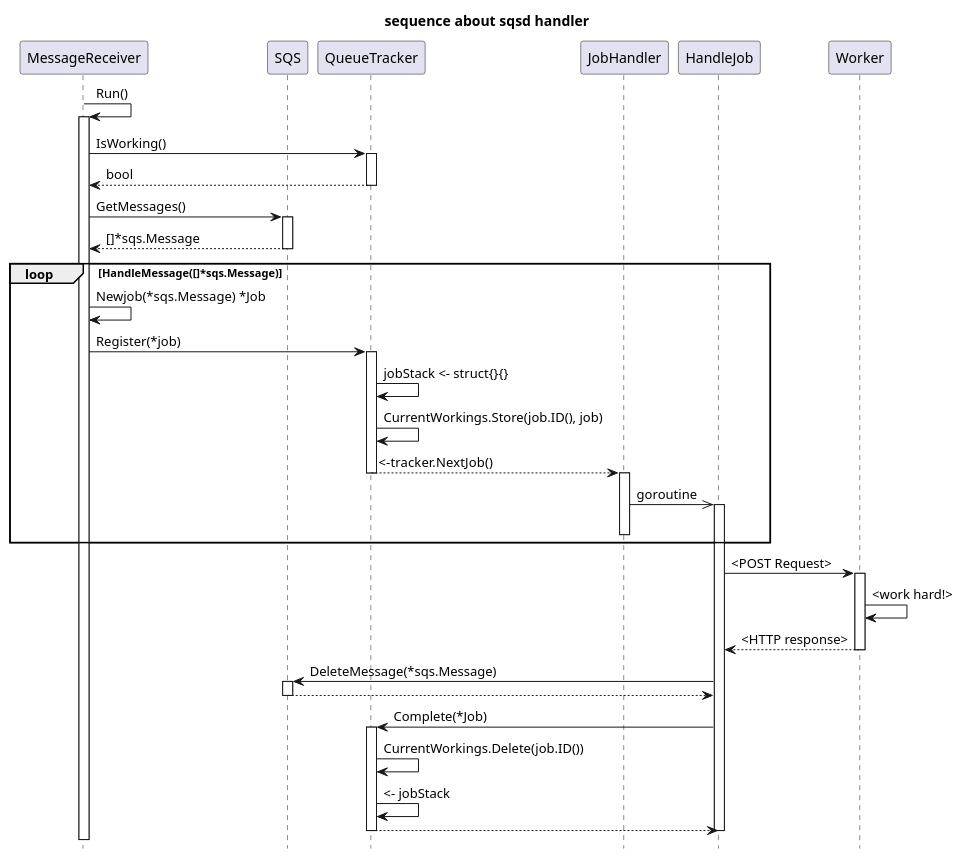
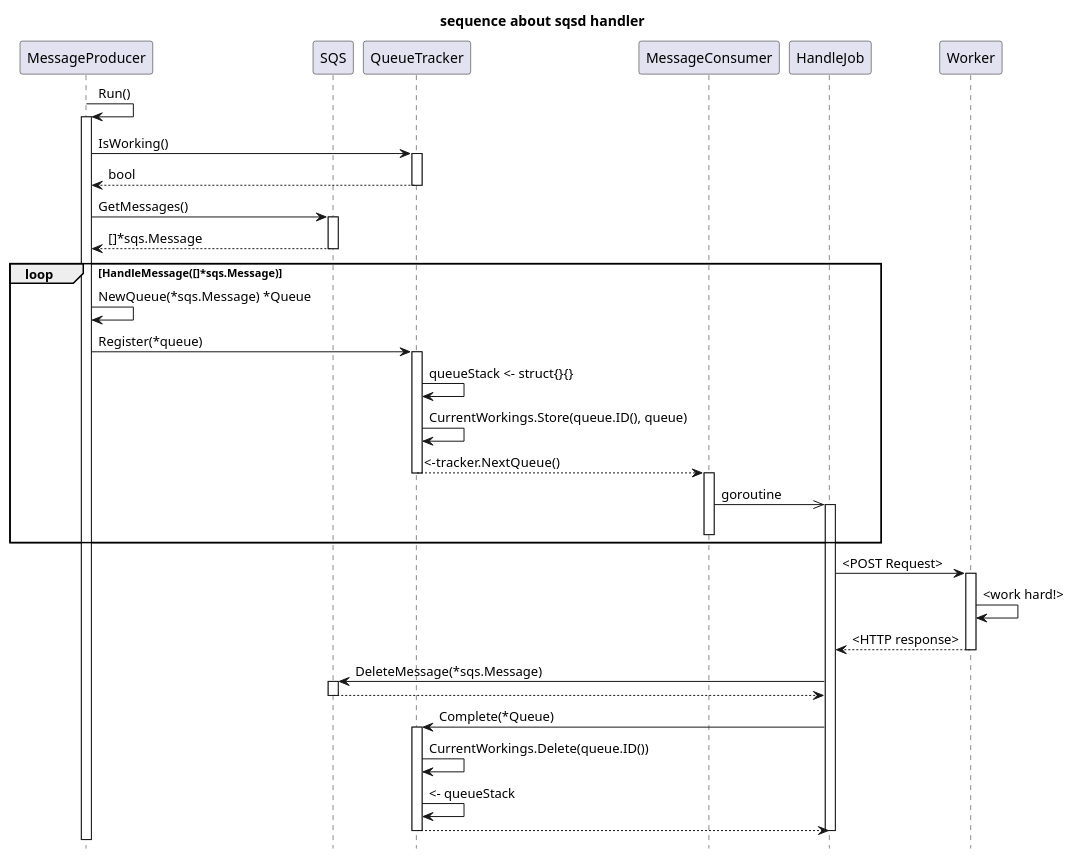
One commit to taiyoh/sqsd changed the diagram in doc/msg_handler_sequence.puml. Above: the diagram before and after it, drawn with PlantUML. The commit also changed 1 other file, not shown here.

```diff
--- a/doc/msg_handler_sequence.puml
+++ b/doc/msg_handler_sequence.puml
@@ -1,59 +1,59 @@
 @startuml
 
 title "sequence about sqsd handler"
 hide footbox
 
-participant MessageReceiver
+participant MessageProducer
 participant SQS
 participant QueueTracker
-participant JobHandler
+participant MessageConsumer
 participant HandleJob
 participant Worker
 
-MessageReceiver -> MessageReceiver : Run()
-activate MessageReceiver
+MessageProducer -> MessageProducer : Run()
+activate MessageProducer
 
-MessageReceiver -> QueueTracker : IsWorking()
+MessageProducer -> QueueTracker : IsWorking()
 activate QueueTracker
-MessageReceiver <-- QueueTracker : bool
+MessageProducer <-- QueueTracker : bool
 deactivate QueueTracker
 
-MessageReceiver -> SQS : GetMessages()
+MessageProducer -> SQS : GetMessages()
 activate SQS
-MessageReceiver <-- SQS : []*sqs.Message
+MessageProducer <-- SQS : []*sqs.Message
 deactivate SQS
 
 loop HandleMessage([]*sqs.Message)
-  MessageReceiver -> MessageReceiver : Newjob(*sqs.Message) *Job
-  MessageReceiver -> QueueTracker : Register(*job)
+  MessageProducer -> MessageProducer : NewQueue(*sqs.Message) *Queue
+  MessageProducer -> QueueTracker : Register(*queue)
   activate QueueTracker
 
-  QueueTracker -> QueueTracker : jobStack <- struct{}{}
-  QueueTracker -> QueueTracker : CurrentWorkings.Store(job.ID(), job)
-  JobHandler <-- QueueTracker : <-tracker.NextJob()
+  QueueTracker -> QueueTracker : queueStack <- struct{}{}
+  QueueTracker -> QueueTracker : CurrentWorkings.Store(queue.ID(), queue)
+  MessageConsumer <-- QueueTracker : <-tracker.NextQueue()
   deactivate QueueTracker
-  activate JobHandler
+  activate MessageConsumer
 
-  JobHandler ->> HandleJob : goroutine
+  MessageConsumer ->> HandleJob : goroutine
   activate HandleJob
-  deactivate JobHandler
+  deactivate MessageConsumer
 end
 
 HandleJob -> Worker : <POST Request>
 activate Worker
 Worker -> Worker : <work hard!>
 HandleJob <-- Worker : <HTTP response>
 deactivate Worker
 HandleJob -> SQS : DeleteMessage(*sqs.Message)
 activate SQS
 HandleJob <-- SQS
 deactivate SQS
-HandleJob -> QueueTracker : Complete(*Job)
+HandleJob -> QueueTracker : Complete(*Queue)
 activate QueueTracker
-QueueTracker -> QueueTracker : CurrentWorkings.Delete(job.ID())
-QueueTracker -> QueueTracker : <- jobStack
+QueueTracker -> QueueTracker : CurrentWorkings.Delete(queue.ID())
+QueueTracker -> QueueTracker : <- queueStack
 HandleJob <-- QueueTracker
 deactivate QueueTracker
 deactivate HandleJob
 
 @enduml
```
